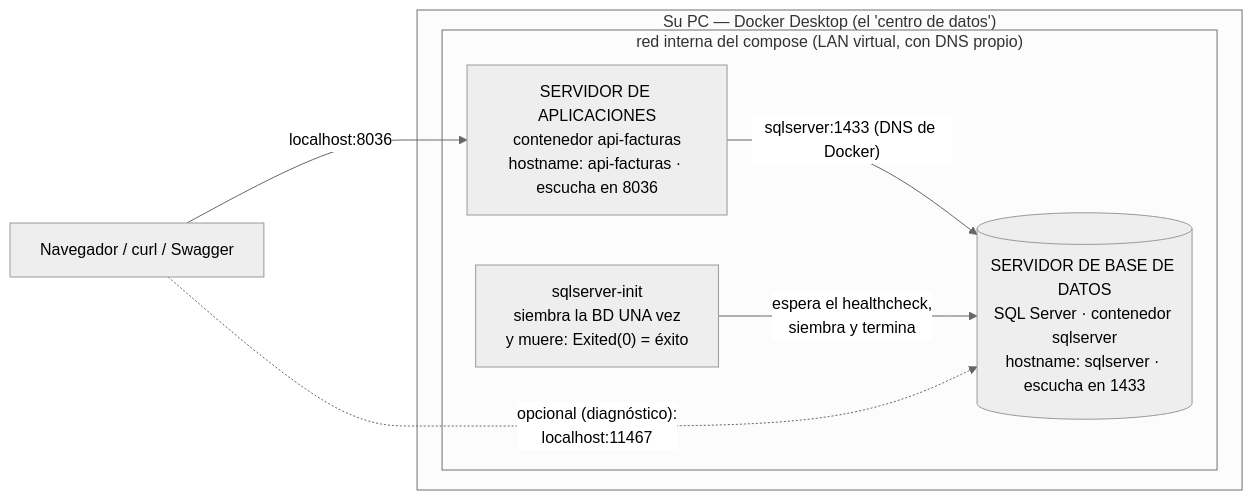
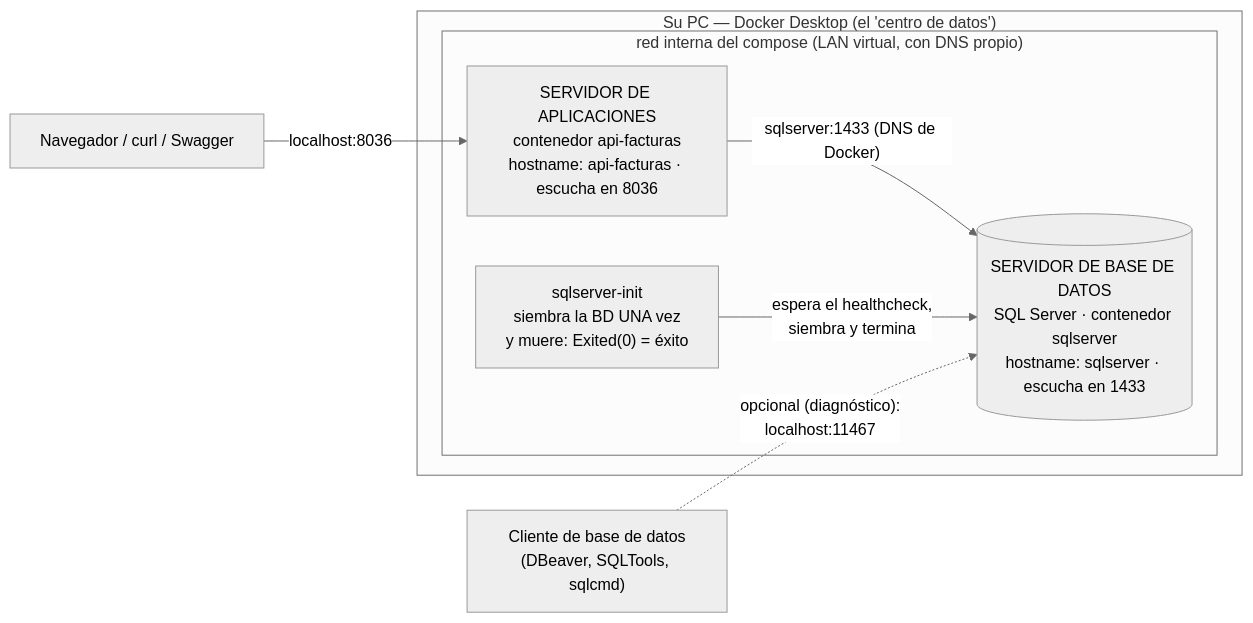
The first of 2 diagrams in docs/CONCEPTOS_DOCKER.md (ccastro2050/proyecto_aplicacion_y_servicios_web), drawn with Mermaid (neutral theme) before and after one commit. The commit also changed other lines of this file, not shown here.

First line of the commit message:
docs(docker): el diagrama sale del docker-compose real, y ninguna flecha miente

````diff
--- a/docs/CONCEPTOS_DOCKER.md
+++ b/docs/CONCEPTOS_DOCKER.md
@@ -193,15 +193,16 @@
 ```mermaid
 flowchart LR
     NAV["Navegador / curl / Swagger"]
+    CLIENTE["Cliente de base de datos<br/>(DBeaver, SQLTools, sqlcmd)"]
     subgraph PC["Su PC — Docker Desktop (el 'centro de datos')"]
         subgraph RED["red interna del compose (LAN virtual, con DNS propio)"]
             APIFACTURAS["SERVIDOR DE APLICACIONES<br/>contenedor api-facturas<br/>hostname: api-facturas · escucha en 8036"]
+            SQLSERVERINIT["sqlserver-init<br/>siembra la BD UNA vez<br/>y muere: Exited(0) = éxito"]
             SQLSERVER[("SERVIDOR DE BASE DE DATOS<br/>SQL Server · contenedor sqlserver<br/>hostname: sqlserver · escucha en 1433")]
-            SQLSERVERINIT["sqlserver-init<br/>siembra la BD UNA vez<br/>y muere: Exited(0) = éxito"]
         end
     end
     NAV -->|"localhost:8036"| APIFACTURAS
     APIFACTURAS -->|"sqlserver:1433 (DNS de Docker)"| SQLSERVER
     SQLSERVERINIT -->|"espera el healthcheck,<br/>siembra y termina"| SQLSERVER
-    NAV -.->|"opcional (diagnóstico):<br/>localhost:11467"| SQLSERVER
+    CLIENTE -.->|"opcional (diagnóstico):<br/>localhost:11467"| SQLSERVER
 ```
````
